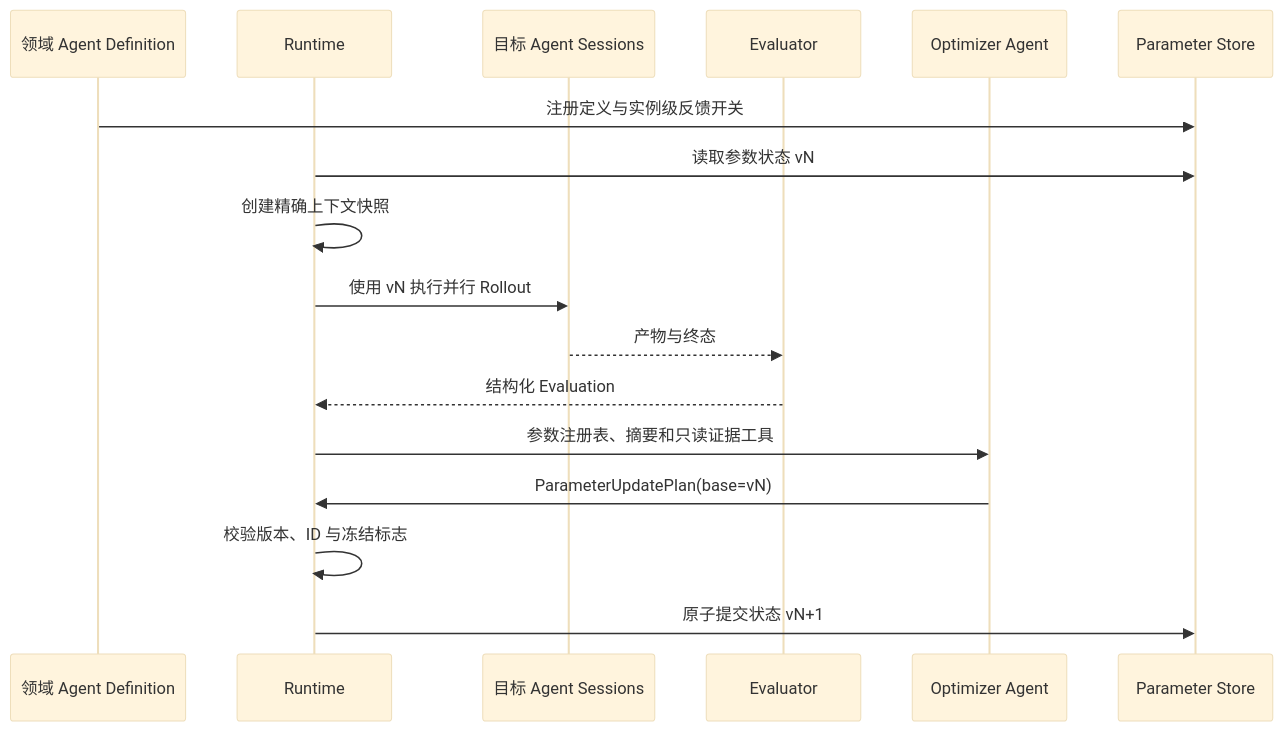
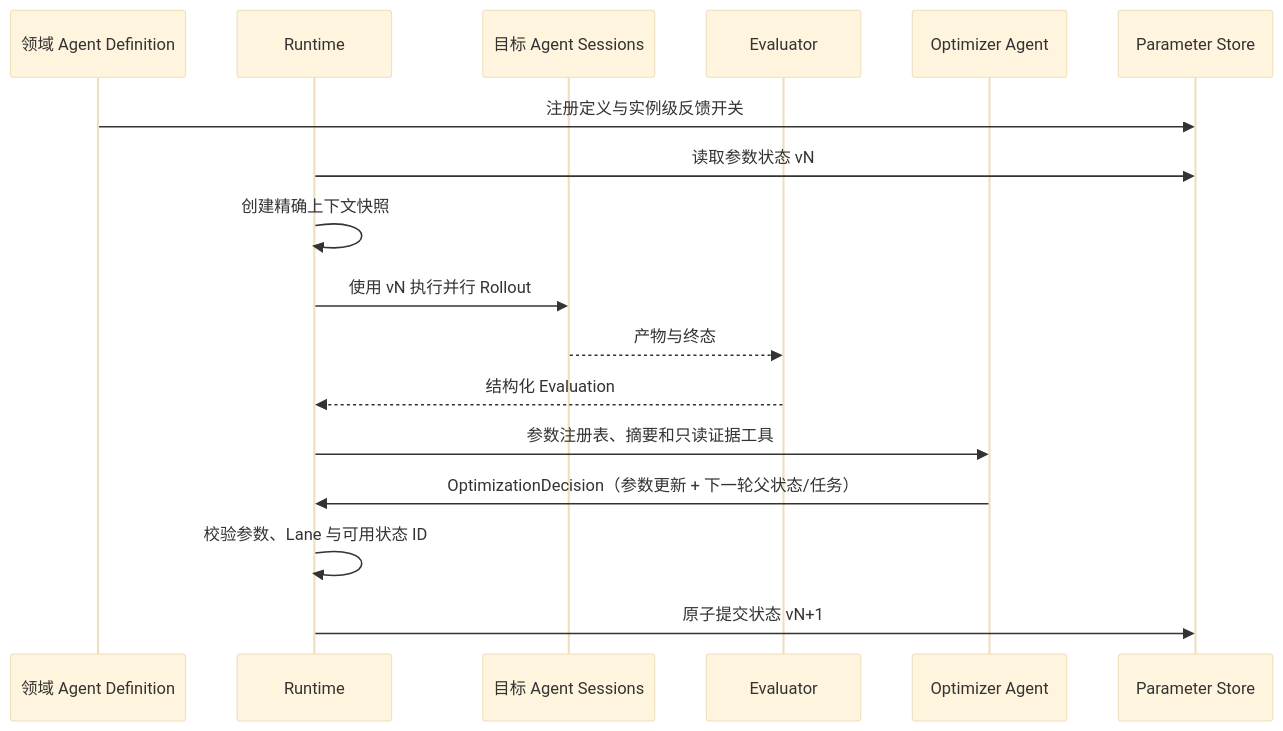
Before and after one commit to BruceLoveLee000/tokens-as-parameters: the third of 3 diagrams in docs/zh-CN/architecture/token-optimization-core.md, drawn with Mermaid (base theme). The commit also changed other lines of this file and 50 other files, not shown here.

````diff
--- a/docs/zh-CN/architecture/token-optimization-core.md
+++ b/docs/zh-CN/architecture/token-optimization-core.md
@@ -135,20 +135,20 @@
 ```mermaid
 sequenceDiagram
   participant D as 领域 Agent Definition
   participant R as Runtime
   participant A as 目标 Agent Sessions
   participant E as Evaluator
   participant O as Optimizer Agent
   participant S as Parameter Store
 
   D->>S: 注册定义与实例级反馈开关
   R->>S: 读取参数状态 vN
   R->>R: 创建精确上下文快照
   R->>A: 使用 vN 执行并行 Rollout
   A-->>E: 产物与终态
   E-->>R: 结构化 Evaluation
   R->>O: 参数注册表、摘要和只读证据工具
-  O->>R: ParameterUpdatePlan(base=vN)
-  R->>R: 校验版本、ID 与冻结标志
+  O->>R: OptimizationDecision（参数更新 + 下一轮父状态/任务）
+  R->>R: 校验参数、Lane 与可用状态 ID
   R->>S: 原子提交状态 vN+1
 ```
````
